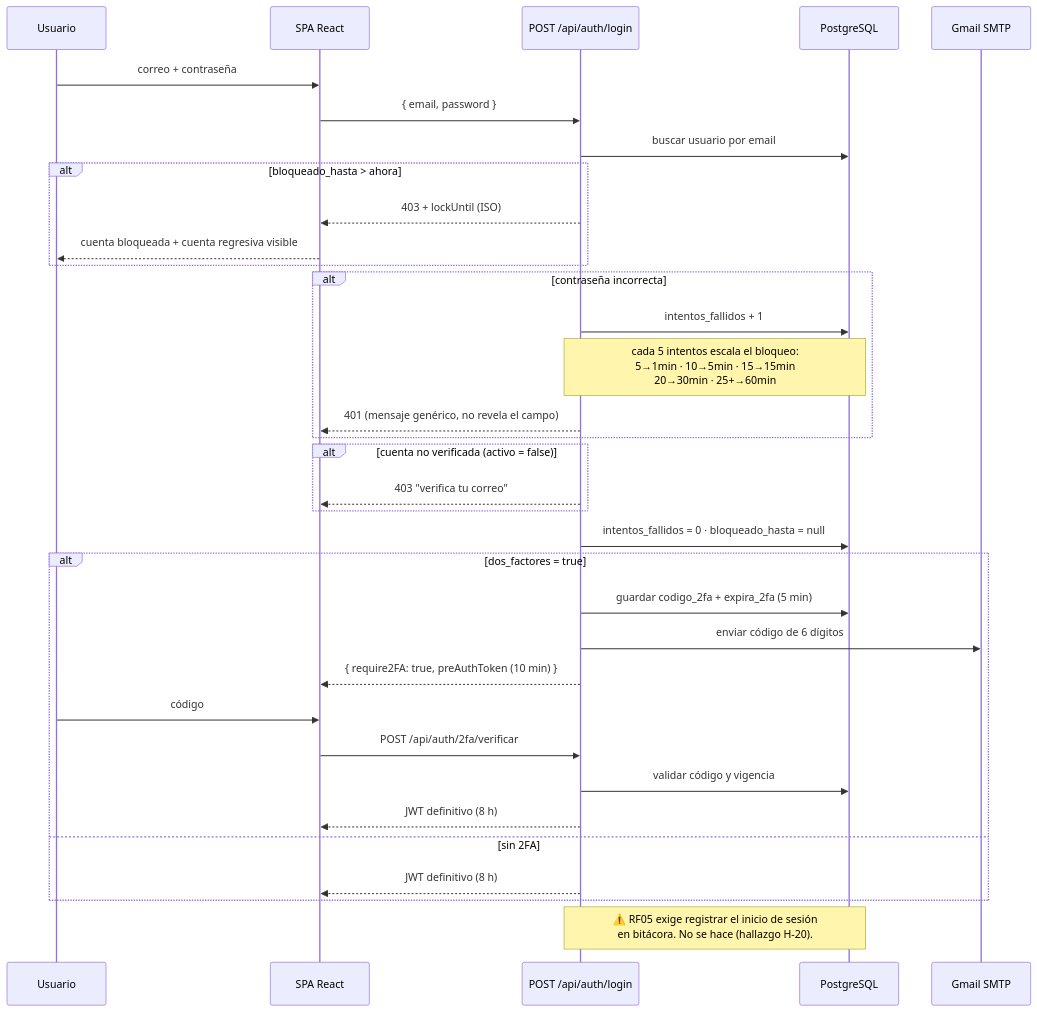
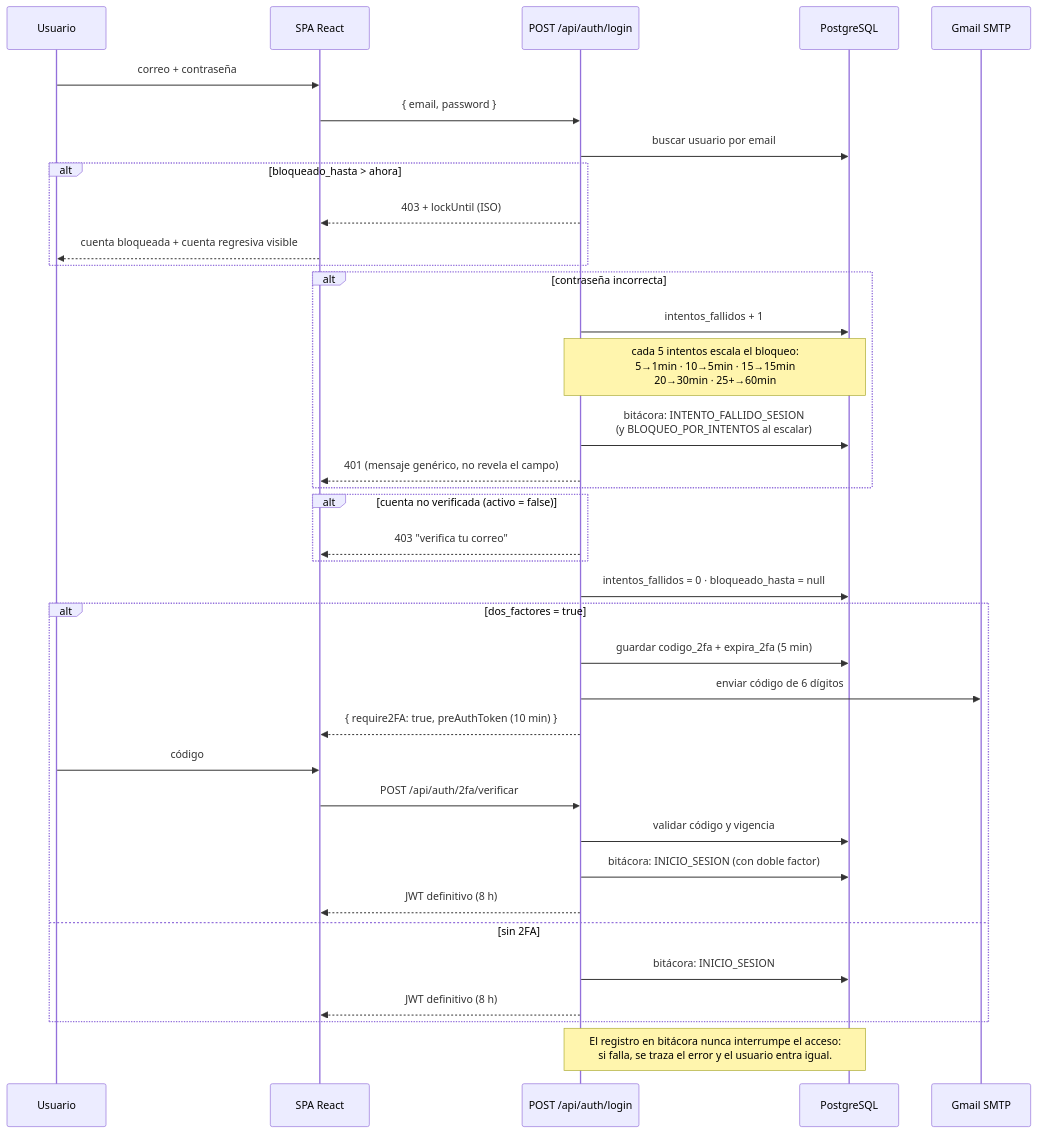
Before and after one commit to Aryannext/sistema-juridico: the fourth of 7 diagrams in docs/01-ARQUITECTURA.md, drawn with Mermaid. The commit also changed other lines of this file and 17 other files, not shown here.

````diff
--- a/docs/01-ARQUITECTURA.md
+++ b/docs/01-ARQUITECTURA.md
@@ -201,43 +205,46 @@
 ```mermaid
 sequenceDiagram
     participant U as Usuario
     participant F as SPA React
     participant A as POST /api/auth/login
     participant D as PostgreSQL
     participant M as Gmail SMTP
 
     U->>F: correo + contraseña
     F->>A: { email, password }
     A->>D: buscar usuario por email
 
     alt bloqueado_hasta > ahora
         A-->>F: 403 + lockUntil (ISO)
         F-->>U: cuenta bloqueada + cuenta regresiva visible
     end
 
     alt contraseña incorrecta
         A->>D: intentos_fallidos + 1
         Note over A,D: cada 5 intentos escala el bloqueo:<br/>5→1min · 10→5min · 15→15min<br/>20→30min · 25+→60min
+        A->>D: bitácora: INTENTO_FALLIDO_SESION<br/>(y BLOQUEO_POR_INTENTOS al escalar)
         A-->>F: 401 (mensaje genérico, no revela el campo)
     end
 
     alt cuenta no verificada (activo = false)
         A-->>F: 403 "verifica tu correo"
     end
 
     A->>D: intentos_fallidos = 0 · bloqueado_hasta = null
 
     alt dos_factores = true
         A->>D: guardar codigo_2fa + expira_2fa (5 min)
         A->>M: enviar código de 6 dígitos
         A-->>F: { require2FA: true, preAuthToken (10 min) }
         U->>F: código
         F->>A: POST /api/auth/2fa/verificar
         A->>D: validar código y vigencia
+        A->>D: bitácora: INICIO_SESION (con doble factor)
         A-->>F: JWT definitivo (8 h)
     else sin 2FA
+        A->>D: bitácora: INICIO_SESION
         A-->>F: JWT definitivo (8 h)
     end
 
-    Note over A,D: ⚠️ RF05 exige registrar el inicio de sesión<br/>en bitácora. No se hace (hallazgo H-20).
+    Note over A,D: El registro en bitácora nunca interrumpe el acceso:<br/>si falla, se traza el error y el usuario entra igual.
 ```
````
